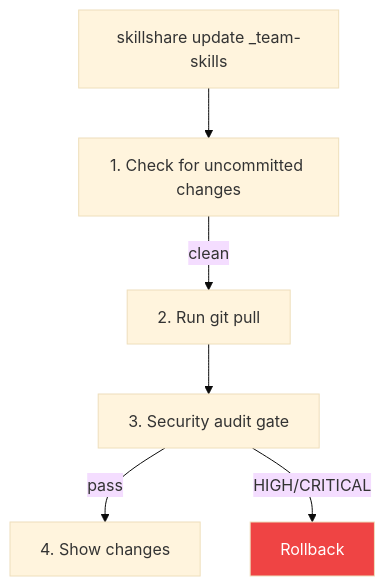
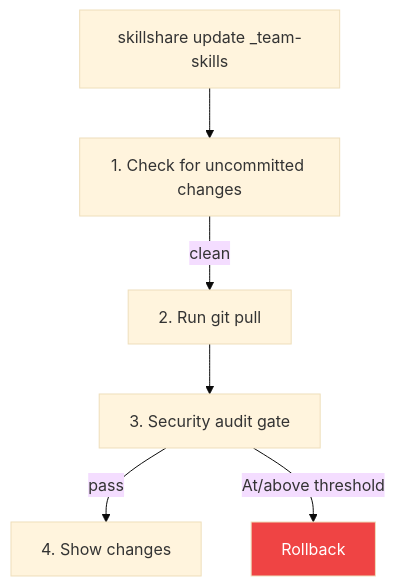
Before and after one commit to runkids/skillshare: the first of 2 diagrams in website/docs/commands/update.md, drawn with Mermaid (base theme). The commit also changed other lines of this file and 16 other files, not shown here.

````diff
--- a/website/docs/commands/update.md
+++ b/website/docs/commands/update.md
@@ -29,13 +29,13 @@
 ```mermaid
 flowchart TD
     TITLE["skillshare update _team-skills"]
     S1["1. Check for uncommitted changes"]
     S2["2. Run git pull"]
     S3["3. Security audit gate"]
     S4["4. Show changes"]
     TITLE --> S1 -- clean --> S2 --> S3
     S3 -- pass --> S4
-    S3 -- "HIGH/CRITICAL" --> RB["Rollback"]
+    S3 -- "At/above threshold" --> RB["Rollback"]
 
     style RB fill:#ef4444,color:#fff
 ```
````
